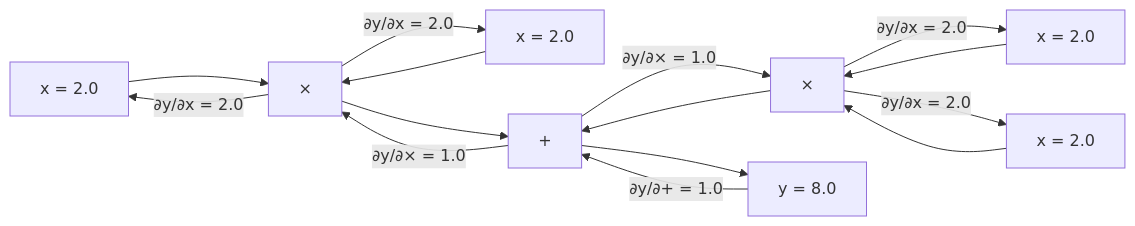
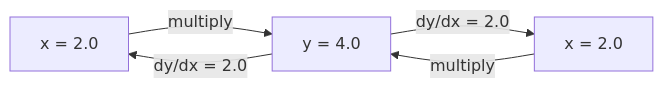
The second of 2 diagrams in _posts/2024-12-21-MLE.md (evan-wang-13/evan-wang-13.github.io), drawn with Mermaid before and after one commit. The commit also changed other lines of this file and 2 other files, not shown here.

Commit message:
autodiff

````diff
--- a/_posts/2024-12-21-MLE.md
+++ b/_posts/2024-12-21-MLE.md
@@ -110,19 +121,9 @@
 ```mermaid
 graph LR
-    x1[x = 2.0] --> mul1[×]
-    x2[x = 2.0] --> mul1
-    mul1 --> add1[+]
-    x3[x = 2.0] --> mul2[×]
-    x4[x = 2.0] --> mul2
-    mul2 --> add1
-    add1 --> result[y = 8.0]
+    x1[x = 2.0] -->|multiply| y[y = 4.0]
+    x2[x = 2.0] -->|multiply| y
 
-    %% Add gradient flow
-    result -- ∂y/∂+ = 1.0 --> add1
-    add1 -- ∂y/∂× = 1.0 --> mul1
-    add1 -- ∂y/∂× = 1.0 --> mul2
-    mul1 -- ∂y/∂x = 2.0 --> x1
-    mul1 -- ∂y/∂x = 2.0 --> x2
-    mul2 -- ∂y/∂x = 2.0 --> x3
-    mul2 -- ∂y/∂x = 2.0 --> x4
+    %% Backward pass (gradient flow)
+    y -->|dy/dx = 2.0| x1
+    y -->|dy/dx = 2.0| x2
 ```
````
